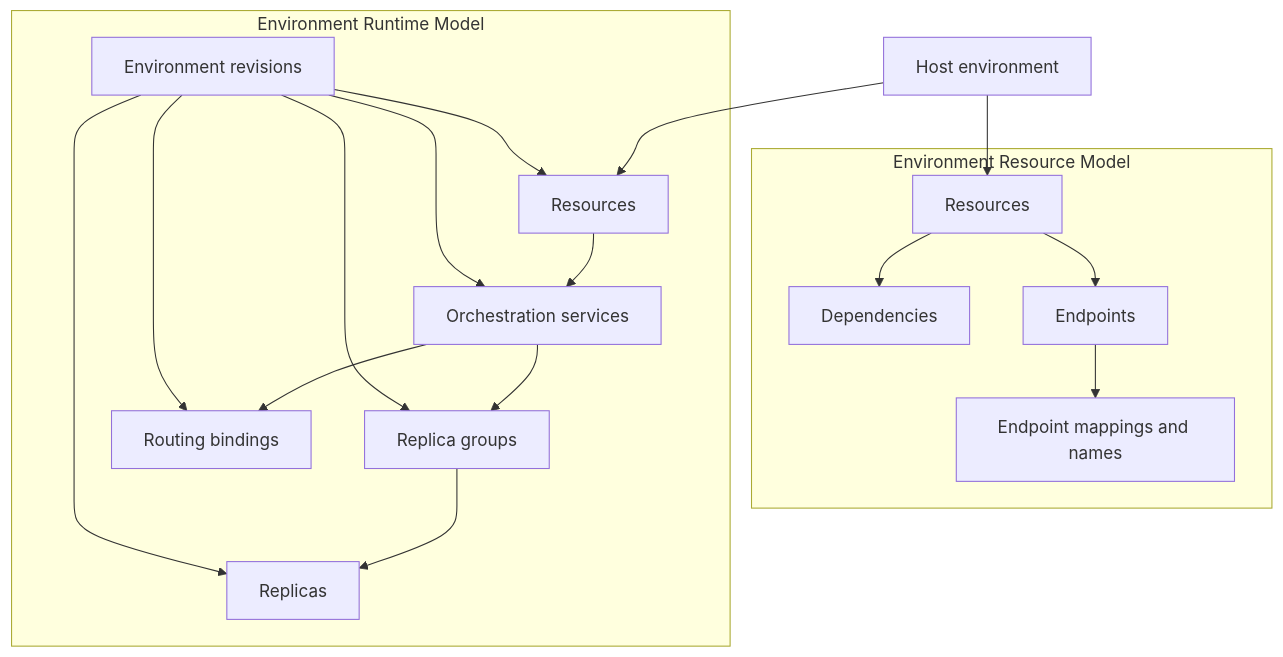
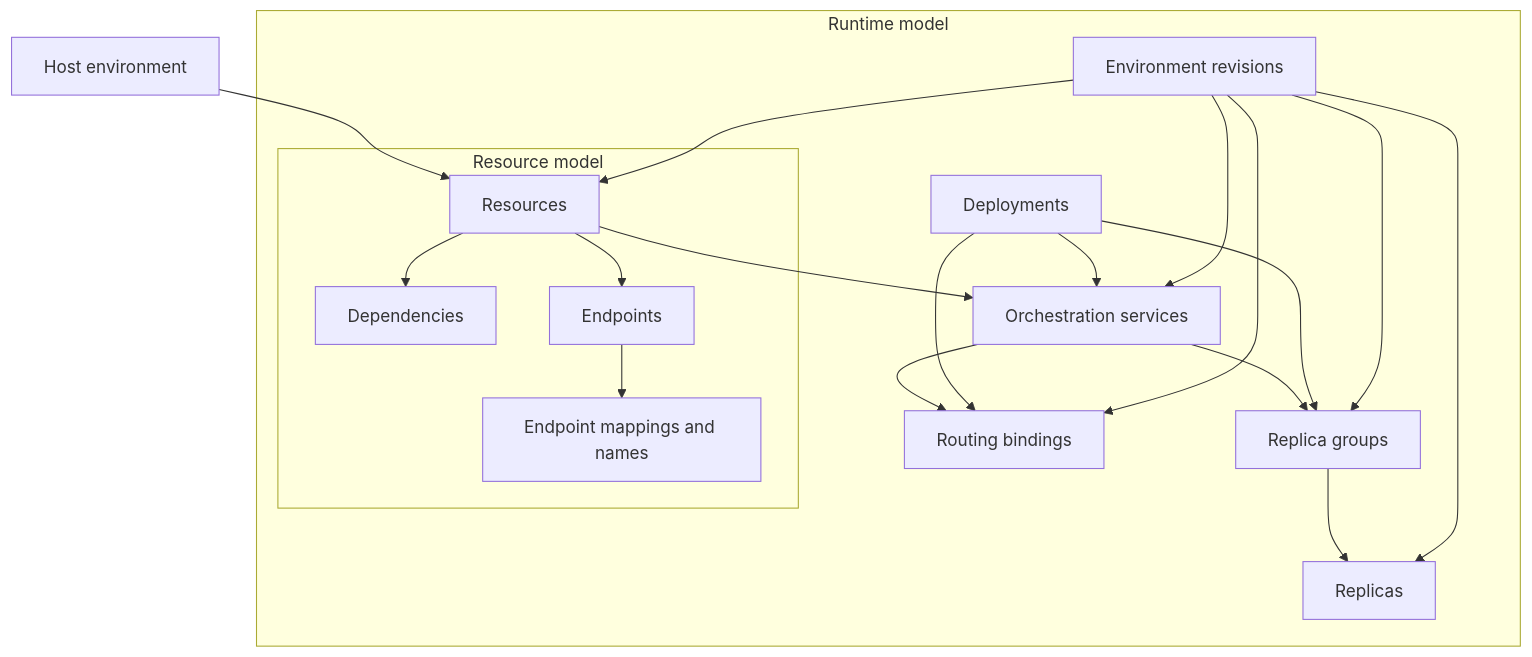
Before and after one commit to marinasundstrom/CloudShell: the first of 2 diagrams in docs/domain-model.md, drawn with Mermaid. The commit also changed other lines of this file and 10 other files, not shown here.

Commit message:
Align resource runtime model docs

````diff
--- a/docs/domain-model.md
+++ b/docs/domain-model.md
@@ -286,36 +286,37 @@
 ```mermaid
 flowchart TB
     host["Host environment"]
 
-    subgraph resourceModel["Environment Resource Model"]
-        resources["Resources"]
-        dependencies["Dependencies"]
-        endpoints["Endpoints"]
-        mappings["Endpoint mappings and names"]
-    end
+    subgraph runtimeModel["Runtime model"]
+        subgraph resourceModel["Resource model"]
+            runtimeResources["Resources"]
+            dependencies["Dependencies"]
+            endpoints["Endpoints"]
+            mappings["Endpoint mappings and names"]
+        end
 
-    subgraph runtimeModel["Environment Runtime Model"]
-        runtimeResources["Resources"]
         services["Orchestration services"]
         replicaGroups["Replica groups"]
         replicas["Replicas"]
         routing["Routing bindings"]
+        deployments["Deployments"]
         revisions["Environment revisions"]
     end
 
-    host --> resources
-    resources --> dependencies
-    resources --> endpoints
+    host --> runtimeResources
+    runtimeResources --> dependencies
+    runtimeResources --> endpoints
     endpoints --> mappings
-
-    host --> runtimeResources
     runtimeResources --> services
     services --> replicaGroups
     replicaGroups --> replicas
     services --> routing
+    deployments --> services
+    deployments --> replicaGroups
+    deployments --> routing
     revisions --> runtimeResources
     revisions --> services
     revisions --> replicaGroups
     revisions --> replicas
     revisions --> routing
 ```
````
